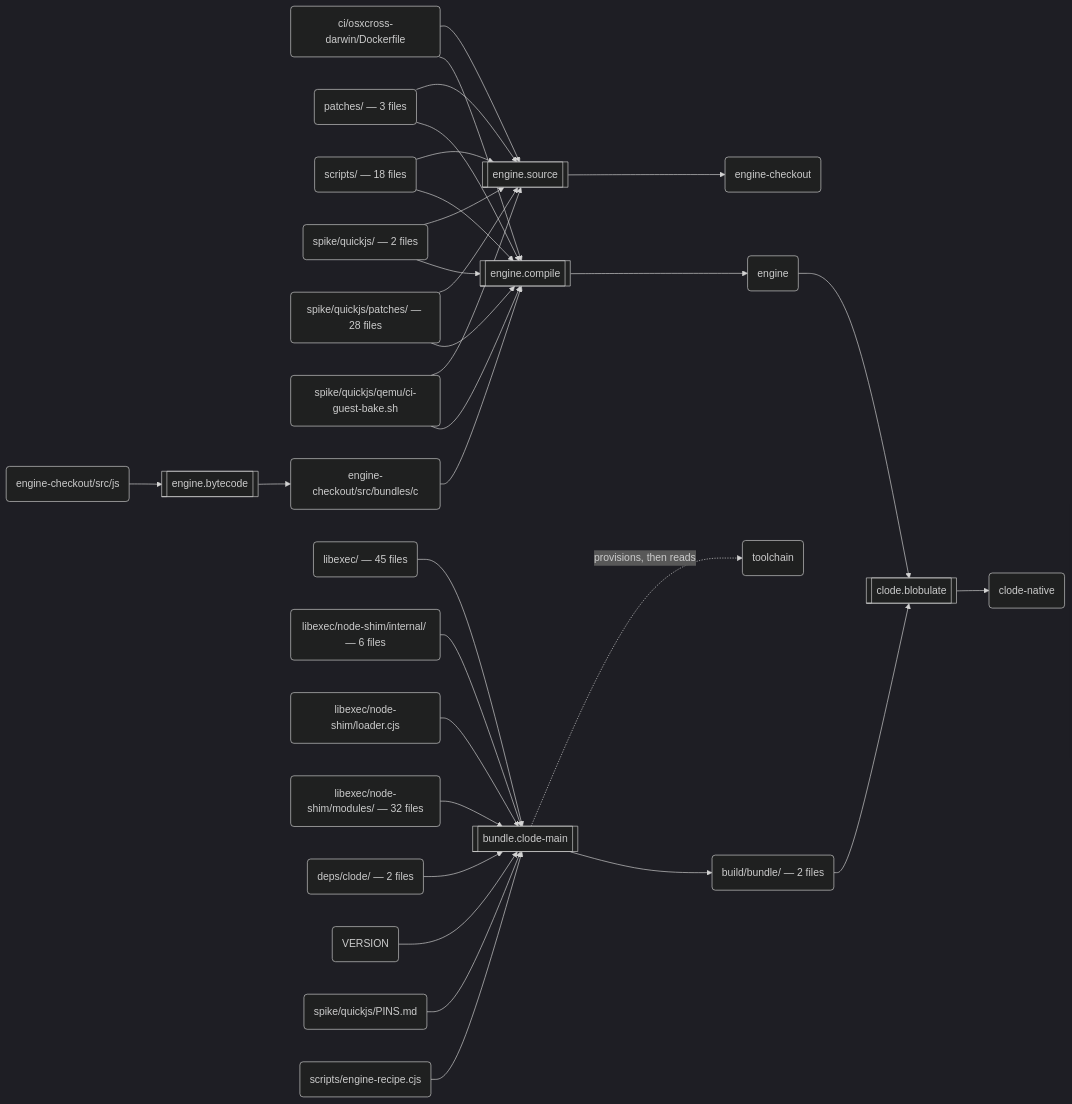
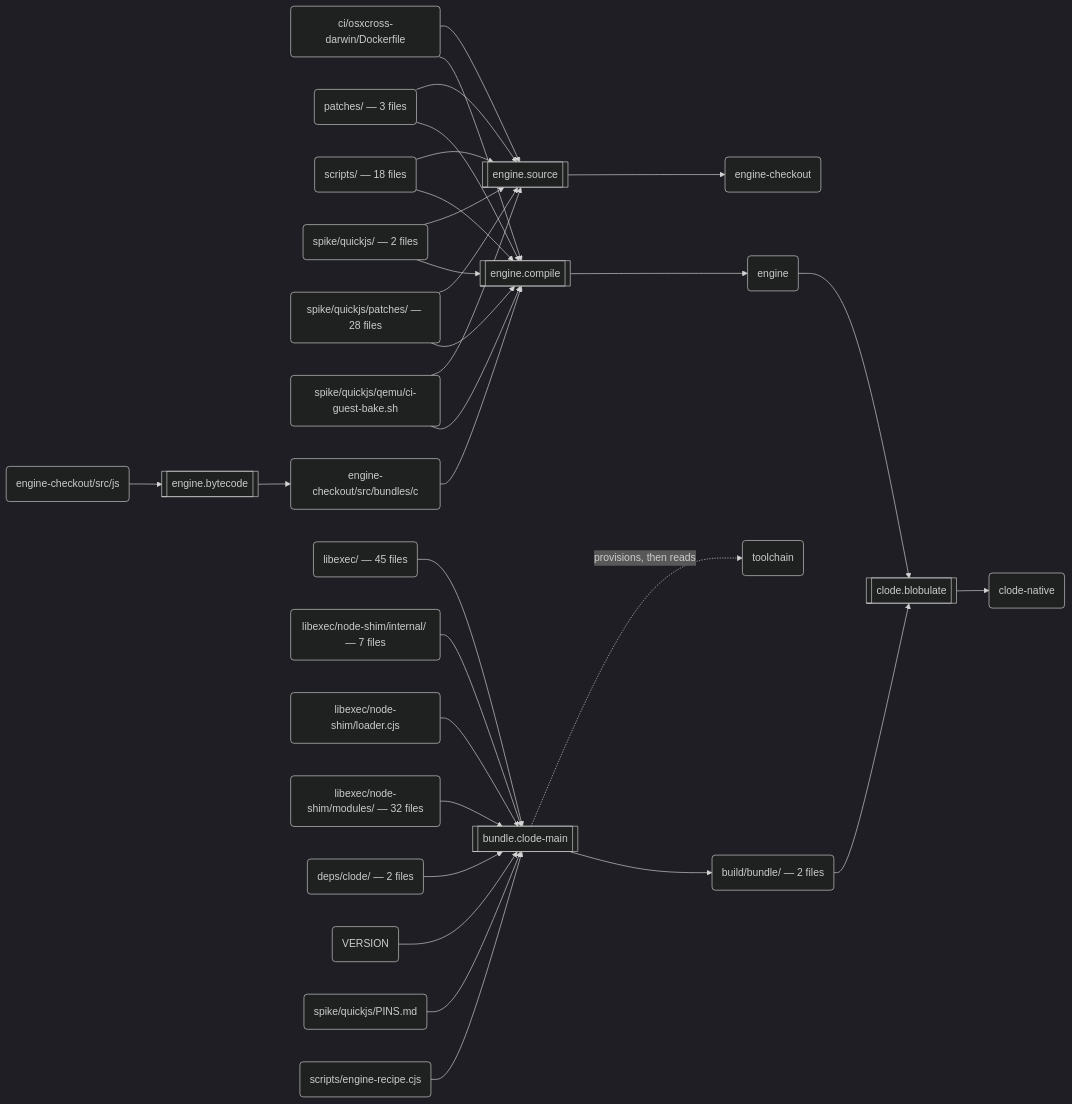
The second of 3 diagrams in docs/build.md (schmonz/clode), drawn with Mermaid (dark theme) before and after one commit. The commit also changed 5 other files, not shown here.

First line of the commit message:
fix(node-shim): fs errors are node's: EPIPE, not EUNKNOWN, with node's errno, message and path

````diff
--- a/docs/build.md
+++ b/docs/build.md
@@ -123,59 +123,59 @@
 ```mermaid
 flowchart LR
   s0[["engine.source"]]
   a0("ci/osxcross-darwin/Dockerfile")
   a1("patches/ — 3 files")
   a2("scripts/ — 18 files")
   a3("spike/quickjs/ — 2 files")
   a4("spike/quickjs/patches/ — 28 files")
   a5("spike/quickjs/qemu/ci-guest-bake.sh")
   a6("engine-checkout")
   s1[["engine.bytecode"]]
   a7("engine-checkout/src/js")
   a8("engine-checkout/src/bundles/c")
   s2[["engine.compile"]]
   a9("engine")
   s3[["bundle.clode-main"]]
   a10("libexec/ — 45 files")
-  a11("libexec/node-shim/internal/ — 6 files")
+  a11("libexec/node-shim/internal/ — 7 files")
   a12("libexec/node-shim/loader.cjs")
   a13("libexec/node-shim/modules/ — 32 files")
   a14("deps/clode/ — 2 files")
   a15("VERSION")
   a16("spike/quickjs/PINS.md")
   a17("scripts/engine-recipe.cjs")
   a18("toolchain")
   a19("build/bundle/ — 2 files")
   s4[["clode.blobulate"]]
   a20("clode-native")
   a0 --> s0
   a1 --> s0
   a2 --> s0
   a3 --> s0
   a4 --> s0
   a5 --> s0
   s0 --> a6
   a7 --> s1
   s1 --> a8
   a8 --> s2
   a0 --> s2
   a1 --> s2
   a2 --> s2
   a3 --> s2
   a4 --> s2
   a5 --> s2
   s2 --> a9
   a10 --> s3
   a11 --> s3
   a12 --> s3
   a13 --> s3
   a14 --> s3
   a15 --> s3
   a16 --> s3
   a17 --> s3
   s3 -.->|"provisions, then reads"| a18
   s3 --> a19
   a9 --> s4
   a19 --> s4
   s4 --> a20
 ```
````
